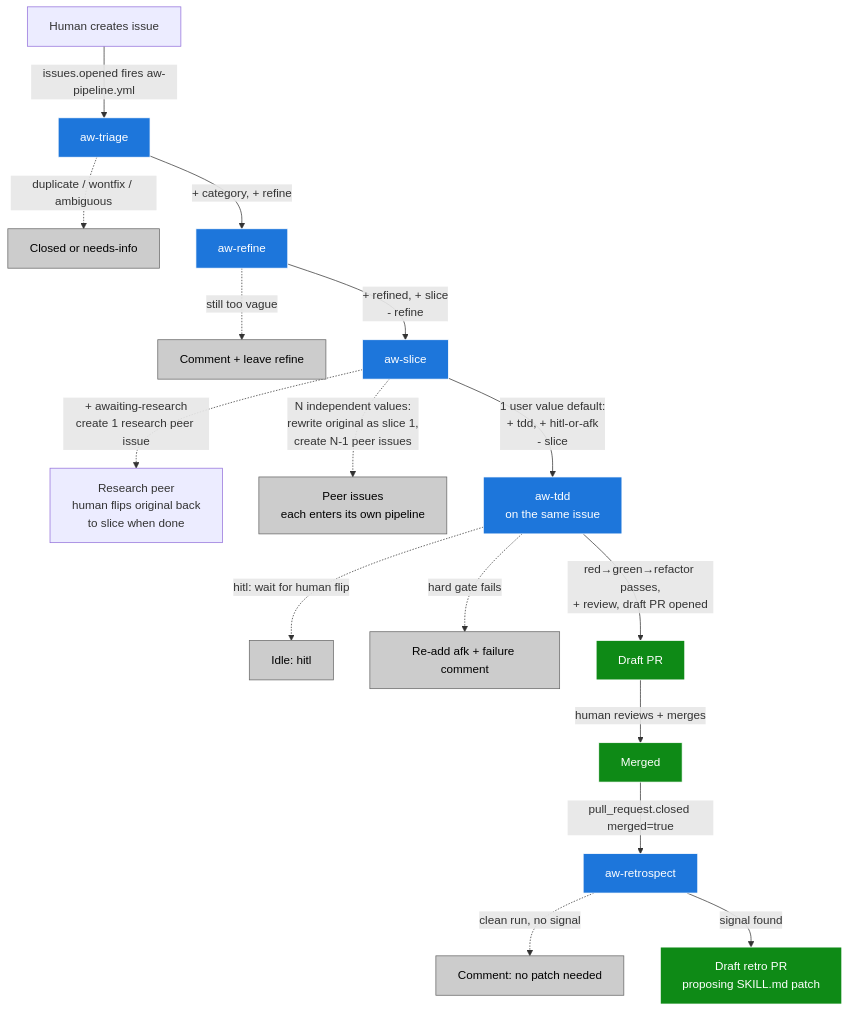
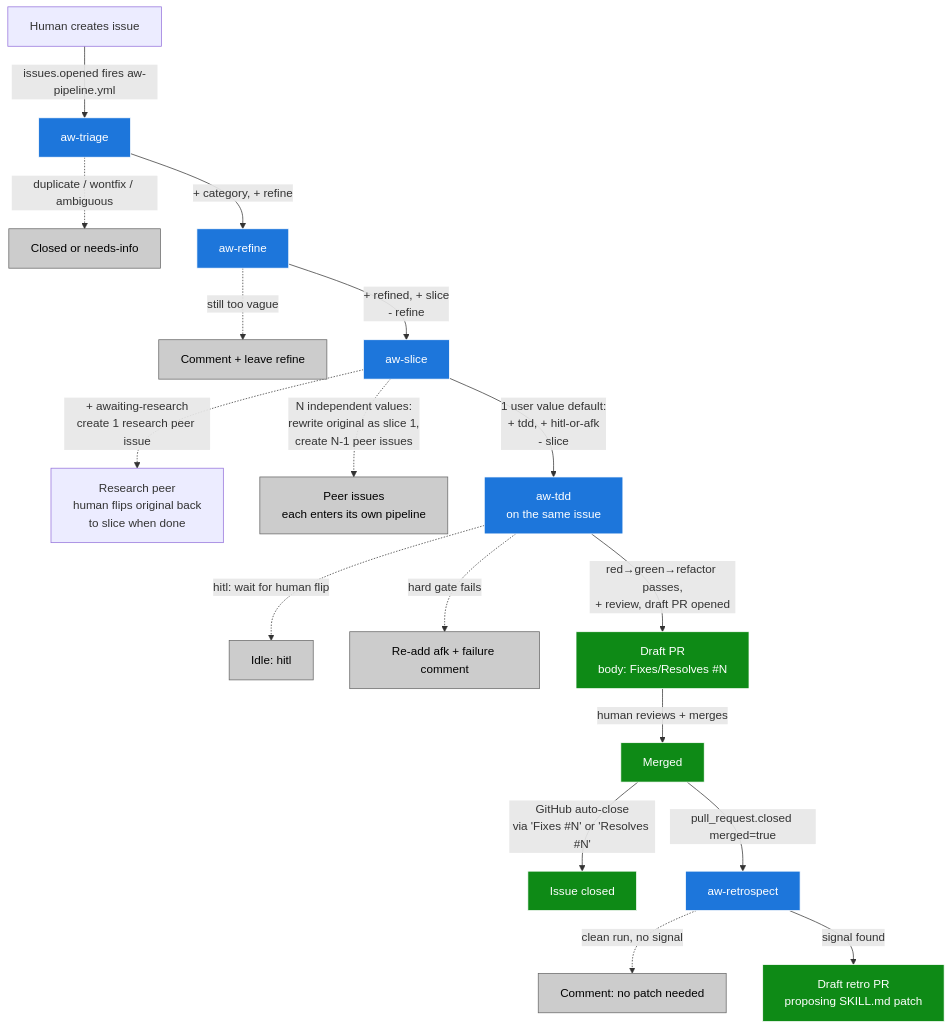
The first of 2 diagrams in docs/agentic-workflow.md (PeterBlenessy/notesage), drawn with Mermaid before and after one commit. The commit also changed other lines of this file and 1 other file, not shown here.

Commit message:
fix(aw-tdd): use 'Fixes/Resolves #N' so merged PRs actually close their issue
aw-tdd's PR body template wrote 'Implements #N', expecting GitHub to
auto-close the linked issue on merge. GitHub does NOT recognize
'Implements' as a closing keyword — only close|closes|closed,
fix|fixes|fixed, resolve|resolves|resolved. Every PR aw-tdd has
produced merged cleanly but left the linked issue open (verified on
#83→#34 and #63→#60; both manually closed as part of this fix).

Skill now picks the keyword by category:
- bug → Fixes #N
- enhancement / chore → Resolves #N

This reads more naturally than the generic 'Closes' and matches how
humans typically phrase issue closures in PR descriptions.

The pipeline diagram label and the "How the issue closes" paragraph
in agentic-workflow.md updated to match. The historical 'Implements'
miss is documented in-line so future-me doesn't repeat it.

Issues #34 and #60 closed manually by the human as part of this fix.

````diff
--- a/docs/agentic-workflow.md
+++ b/docs/agentic-workflow.md
@@ -35,25 +35,26 @@
 ```mermaid
 flowchart TD
   A[Human creates issue] -->|issues.opened fires aw-pipeline.yml| B[aw-triage]
   B -.->|duplicate / wontfix / ambiguous| Z[Closed or needs-info]
   B -->|+ category, + refine| C[aw-refine]
   C -.->|still too vague| W[Comment + leave refine]
   C -->|+ refined, + slice<br/>- refine| D[aw-slice]
   D -.->|+ awaiting-research<br/>create 1 research peer issue| R[Research peer<br/>human flips original back<br/>to slice when done]
   D -.->|N independent values:<br/>rewrite original as slice 1,<br/>create N-1 peer issues| E[Peer issues<br/>each enters its own pipeline]
   D -->|1 user value default:<br/>+ tdd, + hitl-or-afk<br/>- slice| F[aw-tdd<br/>on the same issue]
   F -.->|hitl: wait for human flip| H[Idle: hitl]
   F -.->|hard gate fails| FAIL[Re-add afk + failure comment]
-  F -->|red→green→refactor passes,<br/>+ review, draft PR opened| G[Draft PR]
+  F -->|red→green→refactor passes,<br/>+ review, draft PR opened| G[Draft PR<br/>body: Fixes/Resolves #N]
   G -->|human reviews + merges| M[Merged]
+  M -->|GitHub auto-close<br/>via 'Fixes #N' or 'Resolves #N'| IC[Issue closed]
   M -->|pull_request.closed merged=true| N[aw-retrospect]
   N -.->|clean run, no signal| P[Comment: no patch needed]
   N -->|signal found| O[Draft retro PR<br/>proposing SKILL.md patch]
 
   classDef skill fill:#1d76db,stroke:#fff,color:#fff
   classDef terminal fill:#0e8a16,stroke:#fff,color:#fff
   classDef stop fill:#cccccc,stroke:#666,color:#000
   class B,C,D,F,N skill
-  class G,M,O terminal
+  class G,M,O,IC terminal
   class Z,W,H,FAIL,P,E stop
 ```
````
